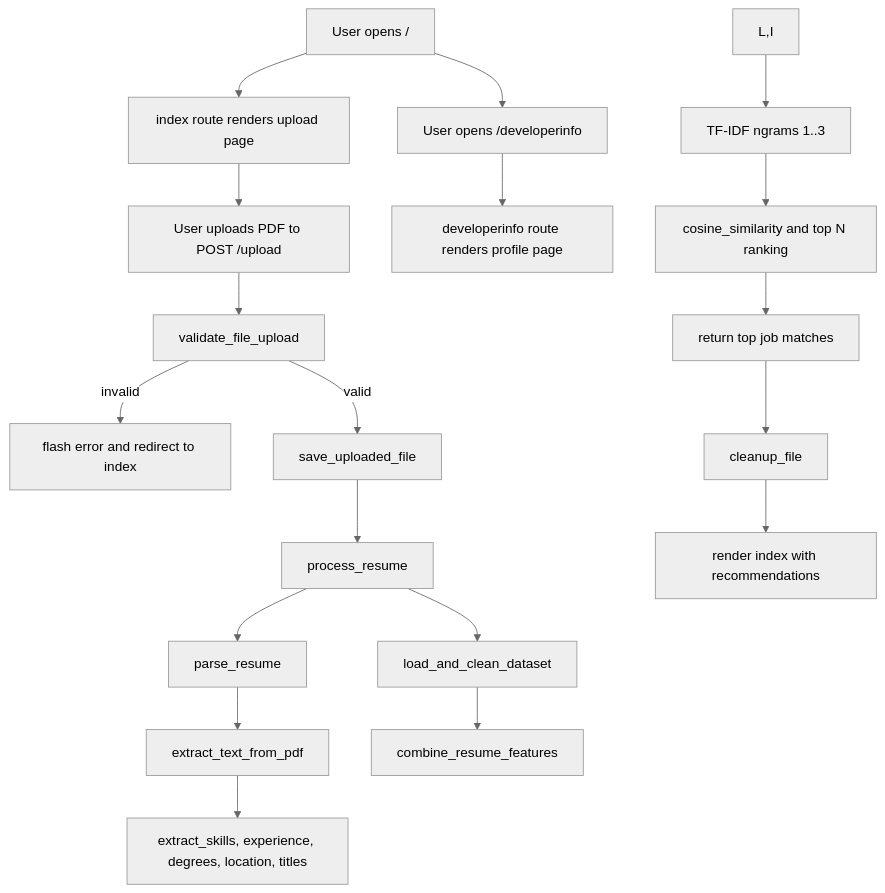
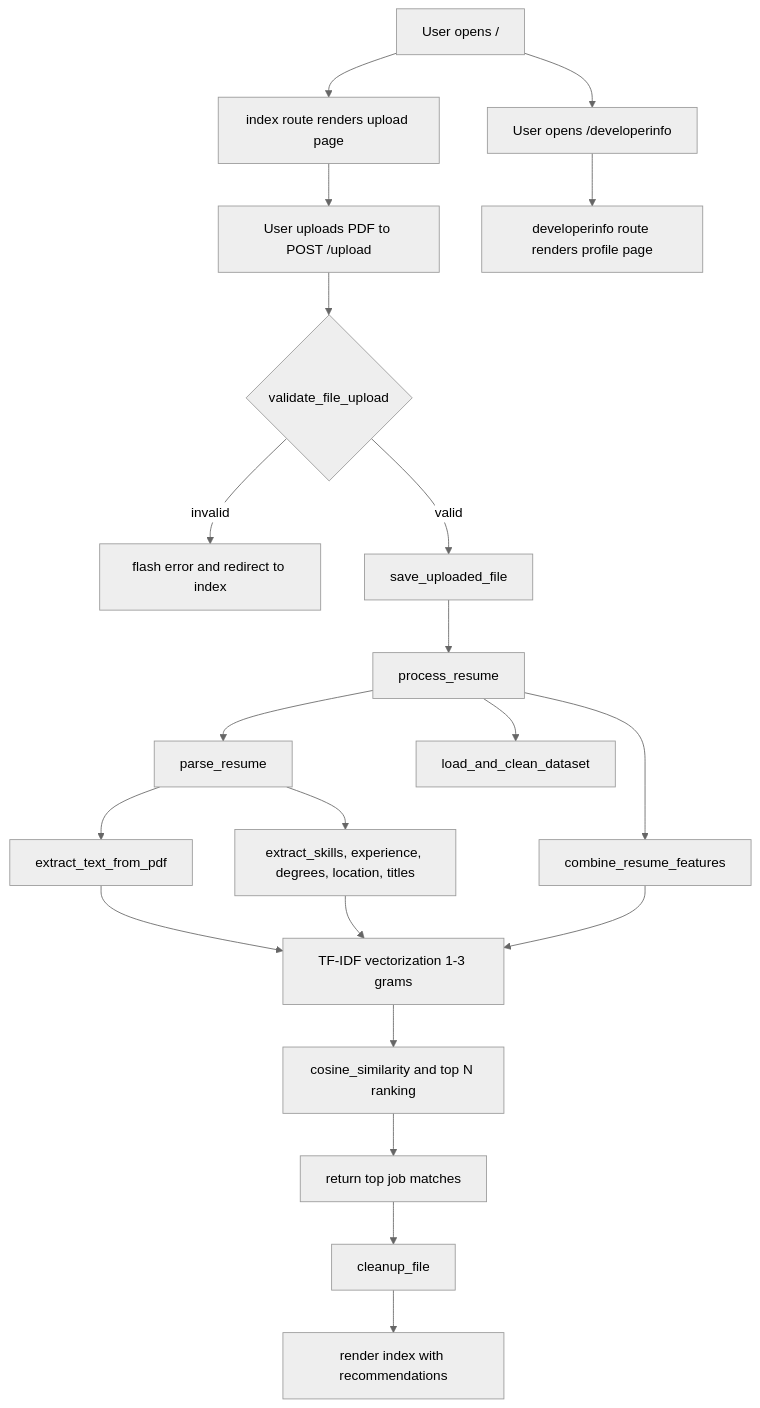
Before and after one commit to avishek-sarkar/Job-Recommendation-System: the diagram in README.md, drawn with Mermaid (neutral theme). The commit also changed other lines of this file, not shown here.

Commit message:
docs: align developer info and clean architecture diagram

````diff
--- a/README.md
+++ b/README.md
@@ -50,21 +50,23 @@
 ```mermaid
 flowchart TD
     A[User opens /] --> B[index route renders upload page]
     B --> C[User uploads PDF to POST /upload]
-    C --> D[validate_file_upload]
+    C --> D{validate_file_upload}
     D -->|invalid| E[flash error and redirect to index]
     D -->|valid| F[save_uploaded_file]
     F --> G[process_resume]
     G --> H[parse_resume]
     H --> I[extract_text_from_pdf]
-    I --> J[extract_skills, experience, degrees, location, titles]
+    H --> J[extract_skills, experience, degrees, location, titles]
     G --> K[load_and_clean_dataset]
-    K --> L[combine_resume_features]
-    L,I --> M[TF-IDF ngrams 1..3]
+    G --> L[combine_resume_features]
+    I --> M[TF-IDF vectorization 1-3 grams]
+    J --> M
+    L --> M
     M --> N[cosine_similarity and top N ranking]
     N --> O[return top job matches]
     O --> P[cleanup_file]
     P --> Q[render index with recommendations]
     A --> R[User opens /developerinfo]
-    R --> T[developerinfo route renders profile page]
+    R --> S[developerinfo route renders profile page]
 ```
````
